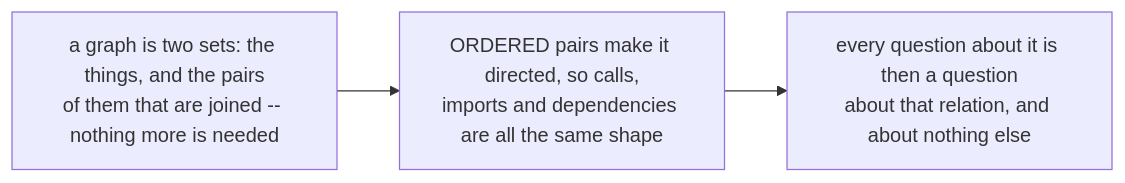
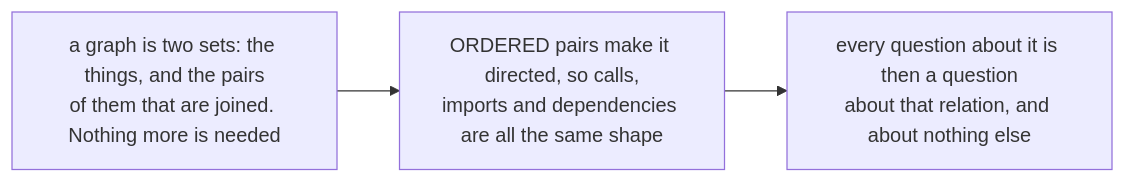
The diagram in figures/mermaid/en/p13-set-plus-relation.mmd (konradcinkusz/math-for-ai-engineers), drawn with Mermaid before and after one commit. The commit also changed 15 other files, not shown here.

```diff
--- a/figures/mermaid/en/p13-set-plus-relation.mmd
+++ b/figures/mermaid/en/p13-set-plus-relation.mmd
@@ -1,4 +1,4 @@
 flowchart LR
-  A["a graph is two sets: the things, and the pairs<br/>of them that are joined -- nothing more is needed"]
+  A["a graph is two sets: the things, and the pairs<br/>of them that are joined. Nothing more is needed"]
   A --> B["ORDERED pairs make it directed, so calls,<br/>imports and dependencies are all the same shape"]
   B --> C["every question about it is then a question<br/>about that relation, and about nothing else"]
```
